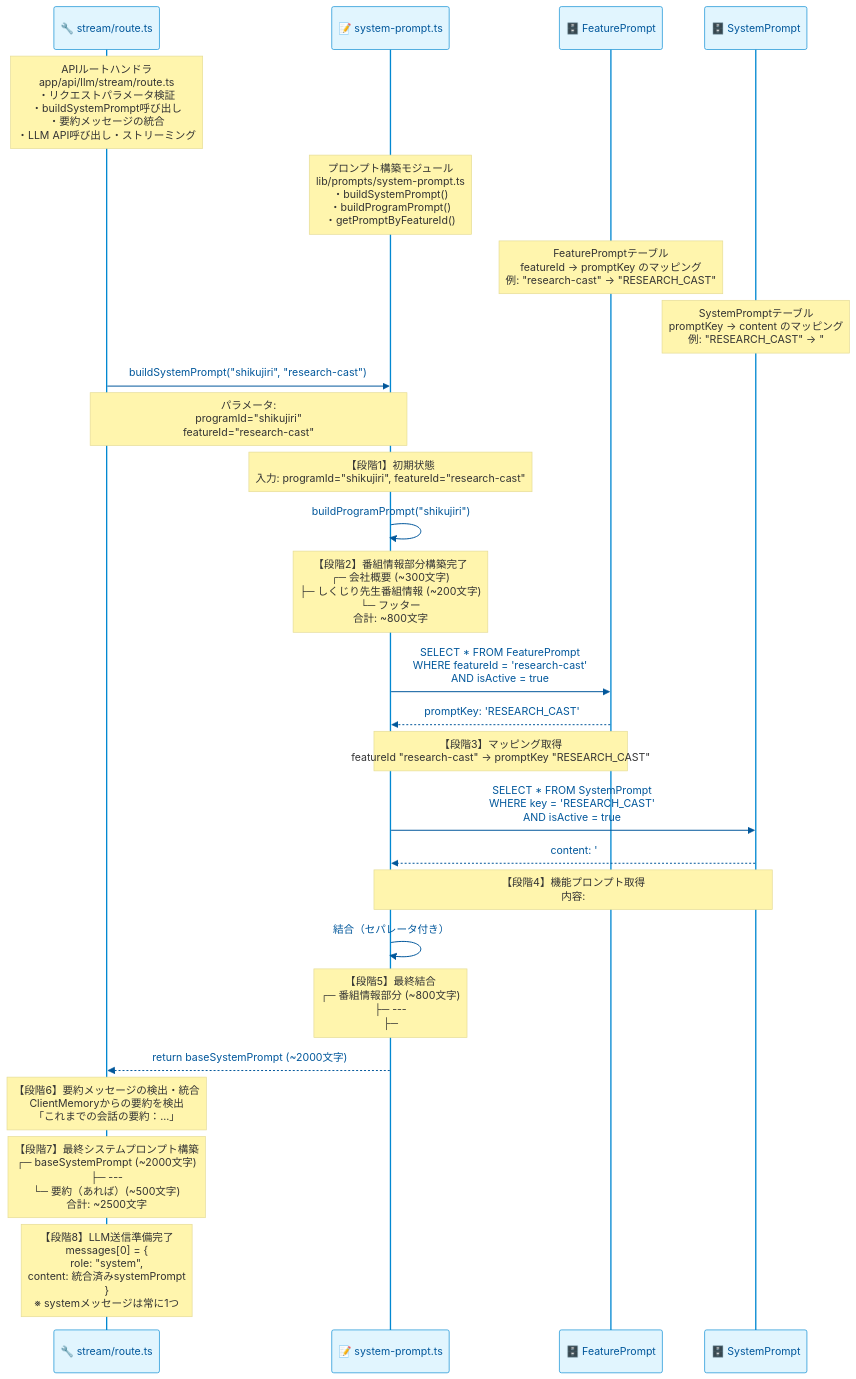
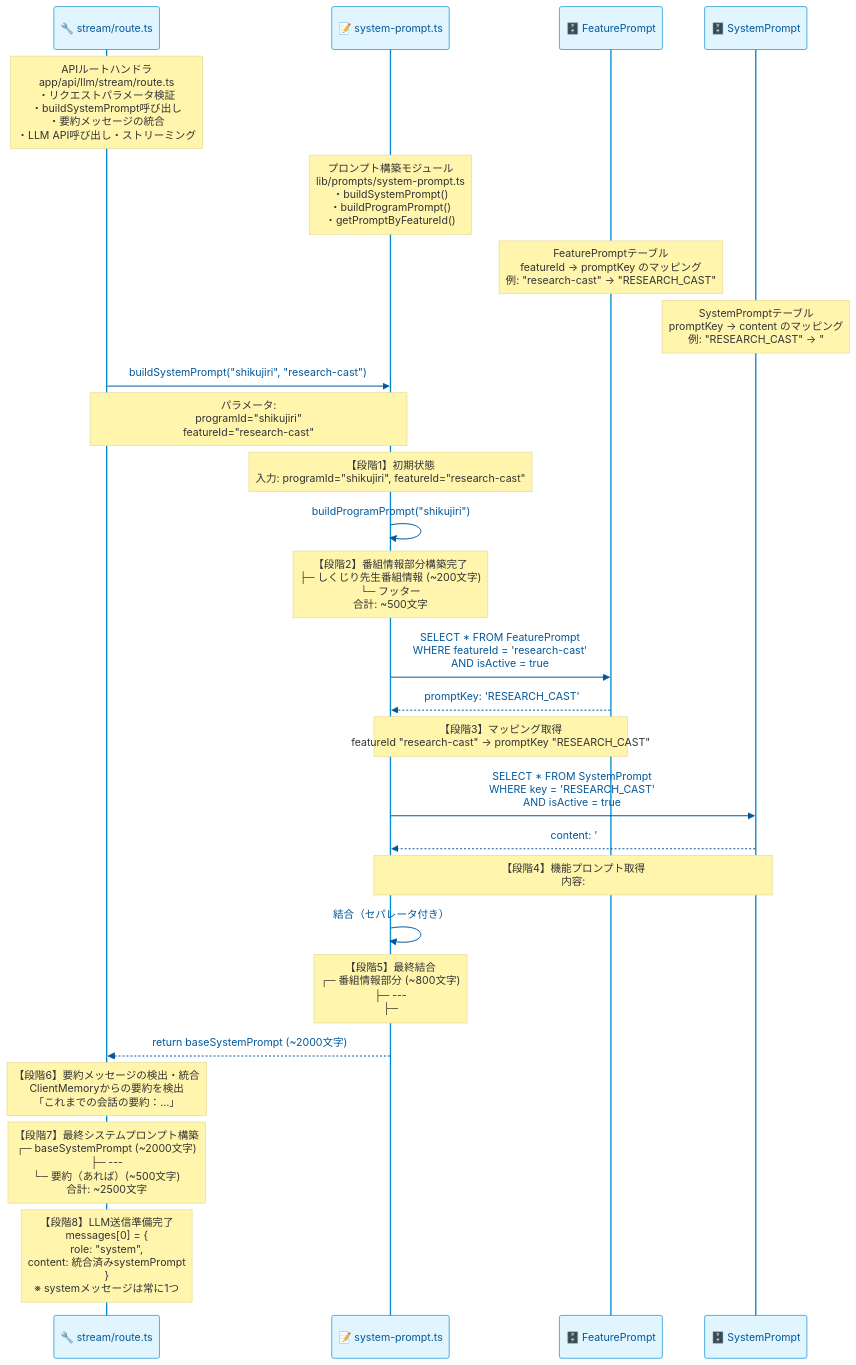
Before and after one commit to langcore-org/united-productions-web: the third of 8 diagrams in docs/specs/api-integration/system-prompt-generation.md, drawn with Mermaid. The commit also changed other lines of this file and 12 other files, not shown here.

````diff
--- a/docs/specs/api-integration/system-prompt-generation.md
+++ b/docs/specs/api-integration/system-prompt-generation.md
@@ -109,40 +109,40 @@
 ```mermaid
 %%{init: {'theme': 'base', 'themeVariables': { 'primaryColor': '#e1f5fe', 'primaryTextColor': '#01579b', 'primaryBorderColor': '#0288d1', 'lineColor': '#0288d1', 'secondaryColor': '#fff3e0', 'tertiaryColor': '#e8f5e9', 'actorBkgColor': '#e1f5fe', 'actorTextColor': '#01579b', 'actorLineColor': '#0288d1', 'background': '#fafafa'}}}%%
 sequenceDiagram
     participant API as 🔧 stream/route.ts
     participant SP as 📝 system-prompt.ts
     participant DB1 as 🗄️ FeaturePrompt
     participant DB2 as 🗄️ SystemPrompt
 
     Note over API: APIルートハンドラ<br/>app/api/llm/stream/route.ts<br/>・リクエストパラメータ検証<br/>・buildSystemPrompt呼び出し<br/>・要約メッセージの統合<br/>・LLM API呼び出し・ストリーミング
     Note over SP: プロンプト構築モジュール<br/>lib/prompts/system-prompt.ts<br/>・buildSystemPrompt()<br/>・buildProgramPrompt()<br/>・getPromptByFeatureId()
     Note over DB1: FeaturePromptテーブル<br/>featureId → promptKey のマッピング<br/>例: "research-cast" → "RESEARCH_CAST"
     Note over DB2: SystemPromptテーブル<br/>promptKey → content のマッピング<br/>例: "RESEARCH_CAST" → "## 出演者リサーチ..."
 
     API->>SP: buildSystemPrompt("shikujiri", "research-cast")
     Note over API,SP: パラメータ:<br/>programId="shikujiri"<br/>featureId="research-cast"
 
     Note over SP: 【段階1】初期状態<br/>入力: programId="shikujiri", featureId="research-cast"
 
     SP->>SP: buildProgramPrompt("shikujiri")
-    Note over SP: 【段階2】番組情報部分構築完了<br/>┌─ 会社概要 (~300文字)<br/>├─ しくじり先生番組情報 (~200文字)<br/>└─ フッター<br/>合計: ~800文字
+    Note over SP: 【段階2】番組情報部分構築完了<br/>├─ しくじり先生番組情報 (~200文字)<br/>└─ フッター<br/>合計: ~500文字
 
     SP->>DB1: SELECT * FROM FeaturePrompt<br/>WHERE featureId = 'research-cast'<br/>AND isActive = true
     DB1-->>SP: promptKey: 'RESEARCH_CAST'
     Note over SP,DB1: 【段階3】マッピング取得<br/>featureId "research-cast" → promptKey "RESEARCH_CAST"
 
     SP->>DB2: SELECT * FROM SystemPrompt<br/>WHERE key = 'RESEARCH_CAST'<br/>AND isActive = true
     DB2-->>SP: content: '## 出演者リサーチ...'
     Note over SP,DB2: 【段階4】機能プロンプト取得<br/>内容: ## 出演者リサーチ<br/>ツール使用指示等 (~1200文字)
 
     SP->>SP: 結合（セパレータ付き）
     Note over SP: 【段階5】最終結合<br/>┌─ 番組情報部分 (~800文字)<br/>├─ ---<br/>├─ ## 機能固有の指示<br/>└─ 機能プロンプト (~1200文字)<br/>合計: ~2000文字
 
     SP-->>API: return baseSystemPrompt (~2000文字)
 
     Note over API: 【段階6】要約メッセージの検出・統合<br/>ClientMemoryからの要約を検出<br/>「これまでの会話の要約：...」
 
     Note over API: 【段階7】最終システムプロンプト構築<br/>┌─ baseSystemPrompt (~2000文字)<br/>├─ ---<br/>└─ 要約（あれば）(~500文字)<br/>合計: ~2500文字
 
     Note over API: 【段階8】LLM送信準備完了<br/>messages[0] = {<br/>  role: "system",<br/>  content: 統合済みsystemPrompt<br/>}<br/>※ systemメッセージは常に1つ
 ```
````
